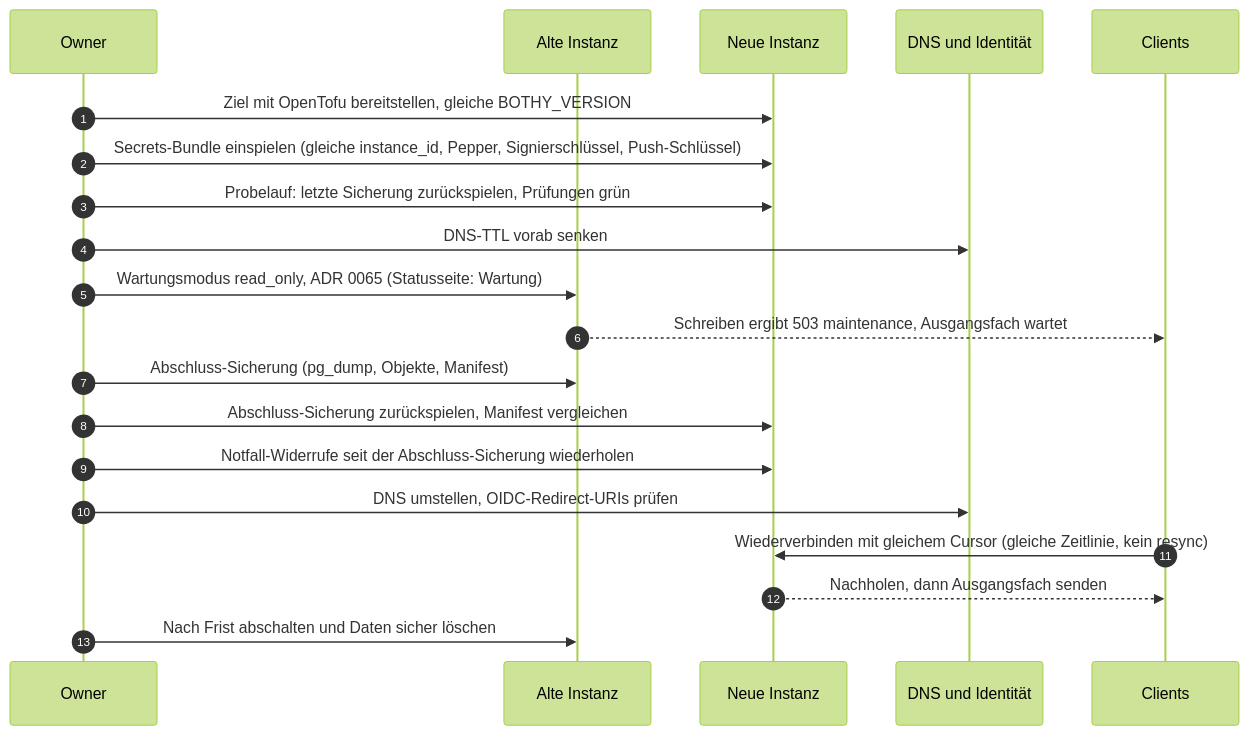
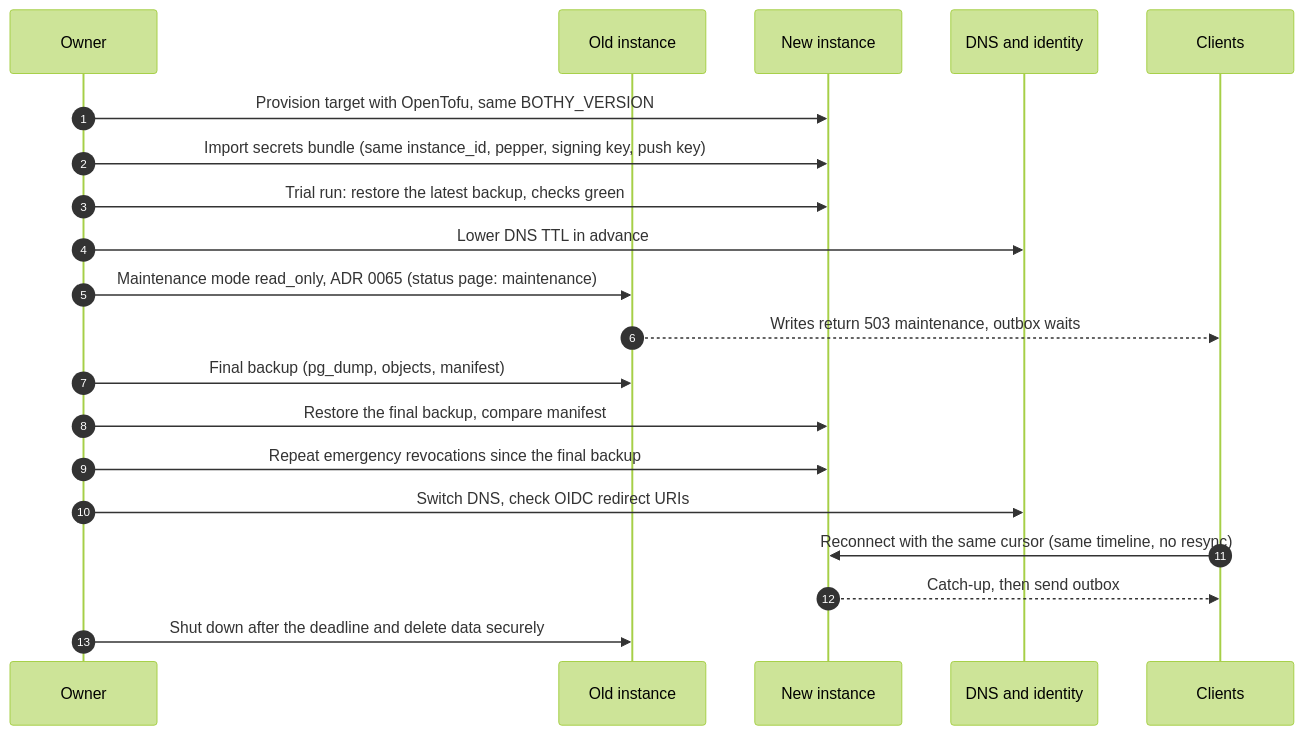
The diagram in docs/operations/diagrams/cloud-migration.mmd (mguttmann/bothy), drawn with Mermaid (forest theme) before and after one commit. The commit also changed 73 other files, not shown here.

```diff
--- a/docs/operations/diagrams/cloud-migration.mmd
+++ b/docs/operations/diagrams/cloud-migration.mmd
@@ -1,20 +1,20 @@
 sequenceDiagram
     autonumber
     participant O as Owner
-    participant A as Alte Instanz
-    participant N as Neue Instanz
-    participant D as DNS und Identität
+    participant A as Old instance
+    participant N as New instance
+    participant D as DNS and identity
     participant C as Clients
-    O->>N: Ziel mit OpenTofu bereitstellen, gleiche BOTHY_VERSION
-    O->>N: Secrets-Bundle einspielen (gleiche instance_id, Pepper, Signierschlüssel, Push-Schlüssel)
-    O->>N: Probelauf: letzte Sicherung zurückspielen, Prüfungen grün
-    O->>D: DNS-TTL vorab senken
-    O->>A: Wartungsmodus read_only, ADR 0065 (Statusseite: Wartung)
-    A-->>C: Schreiben ergibt 503 maintenance, Ausgangsfach wartet
-    O->>A: Abschluss-Sicherung (pg_dump, Objekte, Manifest)
-    O->>N: Abschluss-Sicherung zurückspielen, Manifest vergleichen
-    O->>N: Notfall-Widerrufe seit der Abschluss-Sicherung wiederholen
-    O->>D: DNS umstellen, OIDC-Redirect-URIs prüfen
-    C->>N: Wiederverbinden mit gleichem Cursor (gleiche Zeitlinie, kein resync)
-    N-->>C: Nachholen, dann Ausgangsfach senden
-    O->>A: Nach Frist abschalten und Daten sicher löschen
+    O->>N: Provision target with OpenTofu, same BOTHY_VERSION
+    O->>N: Import secrets bundle (same instance_id, pepper, signing key, push key)
+    O->>N: Trial run: restore the latest backup, checks green
+    O->>D: Lower DNS TTL in advance
+    O->>A: Maintenance mode read_only, ADR 0065 (status page: maintenance)
+    A-->>C: Writes return 503 maintenance, outbox waits
+    O->>A: Final backup (pg_dump, objects, manifest)
+    O->>N: Restore the final backup, compare manifest
+    O->>N: Repeat emergency revocations since the final backup
+    O->>D: Switch DNS, check OIDC redirect URIs
+    C->>N: Reconnect with the same cursor (same timeline, no resync)
+    N-->>C: Catch-up, then send outbox
+    O->>A: Shut down after the deadline and delete data securely
```
